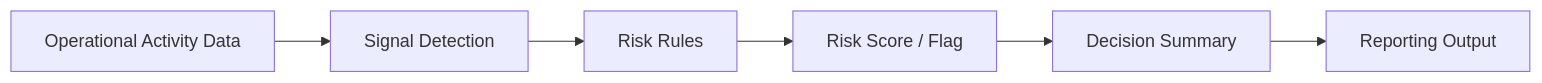
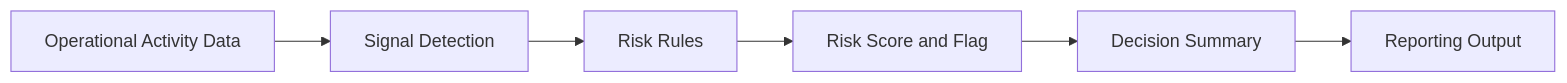
Before and after one commit to arni1596/operational-risk-intelligence: the diagram in README.md, drawn with Mermaid. The commit also changed other lines of this file, not shown here.

````diff
--- a/README.md
+++ b/README.md
@@ -57,8 +45,8 @@
 ```mermaid
 flowchart LR
     A["Operational Activity Data"] --> B["Signal Detection"]
     B --> C["Risk Rules"]
-    C --> D["Risk Score / Flag"]
+    C --> D["Risk Score and Flag"]
     D --> E["Decision Summary"]
     E --> F["Reporting Output"]
 ```
````
